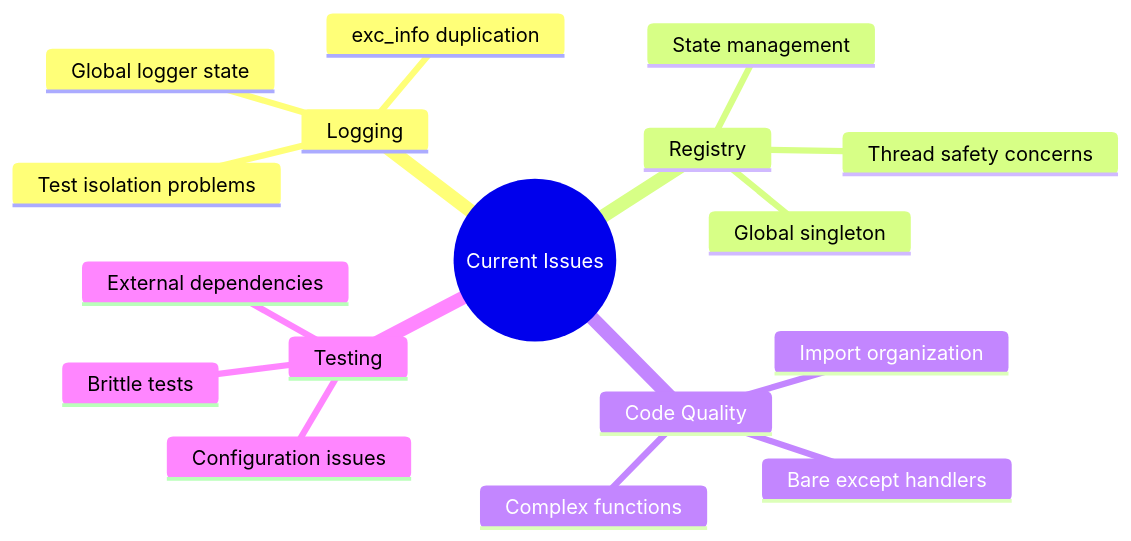
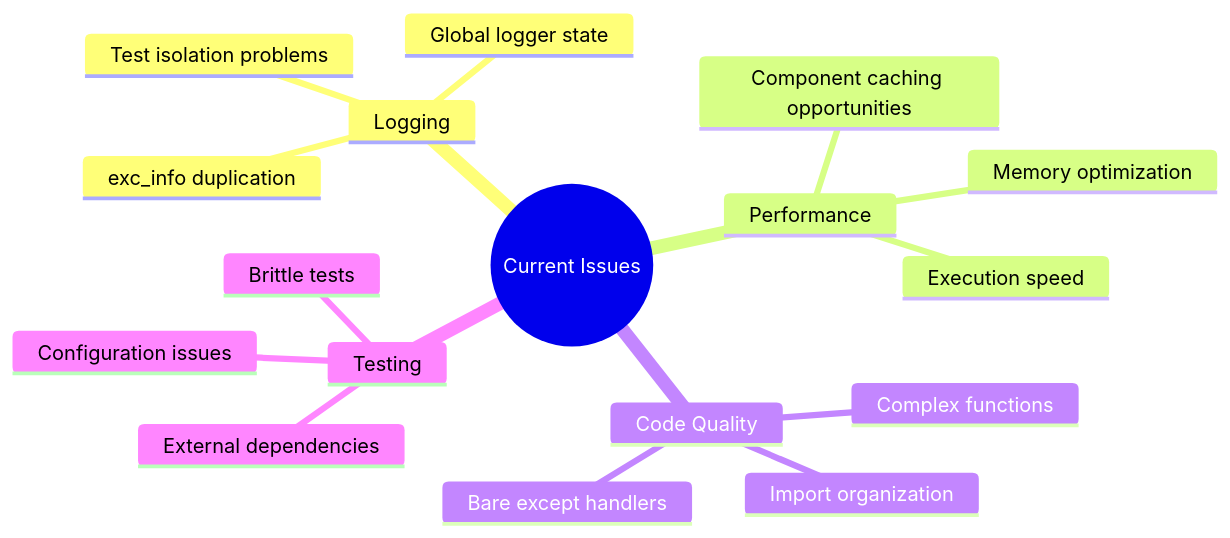
Before and after one commit to AndreRatzenberger/flock: the tenth of 26 diagrams in docs/architecture_report.md, drawn with Mermaid. The commit also changed other lines of this file and 36 other files, not shown here.

````diff
--- a/docs/architecture_report.md
+++ b/docs/architecture_report.md
@@ -391,20 +391,20 @@
 ```mermaid
 mindmap
   root((Current Issues))
     Logging
       exc_info duplication
       Global logger state
       Test isolation problems
-    Registry
-      Global singleton
-      Thread safety concerns
-      State management
+    Performance
+      Component caching opportunities
+      Memory optimization
+      Execution speed
     Code Quality
       Bare except handlers
       Complex functions
       Import organization
     Testing
       External dependencies
       Brittle tests
       Configuration issues
 ```
````
